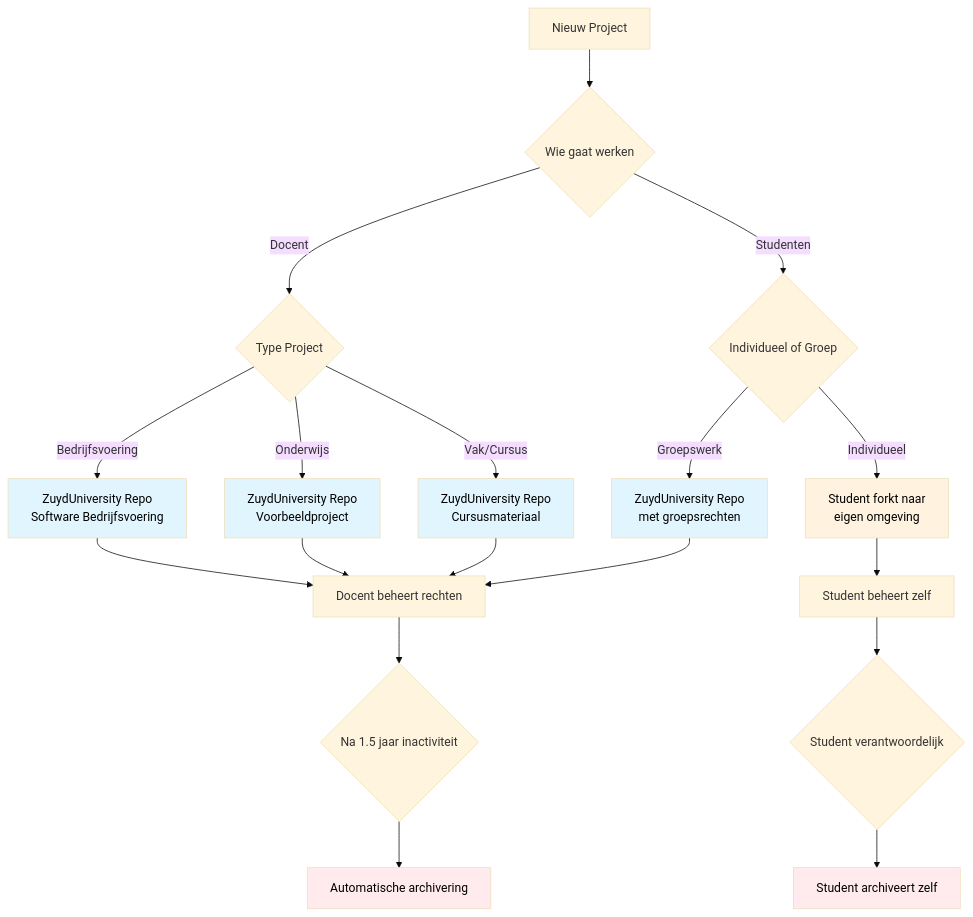
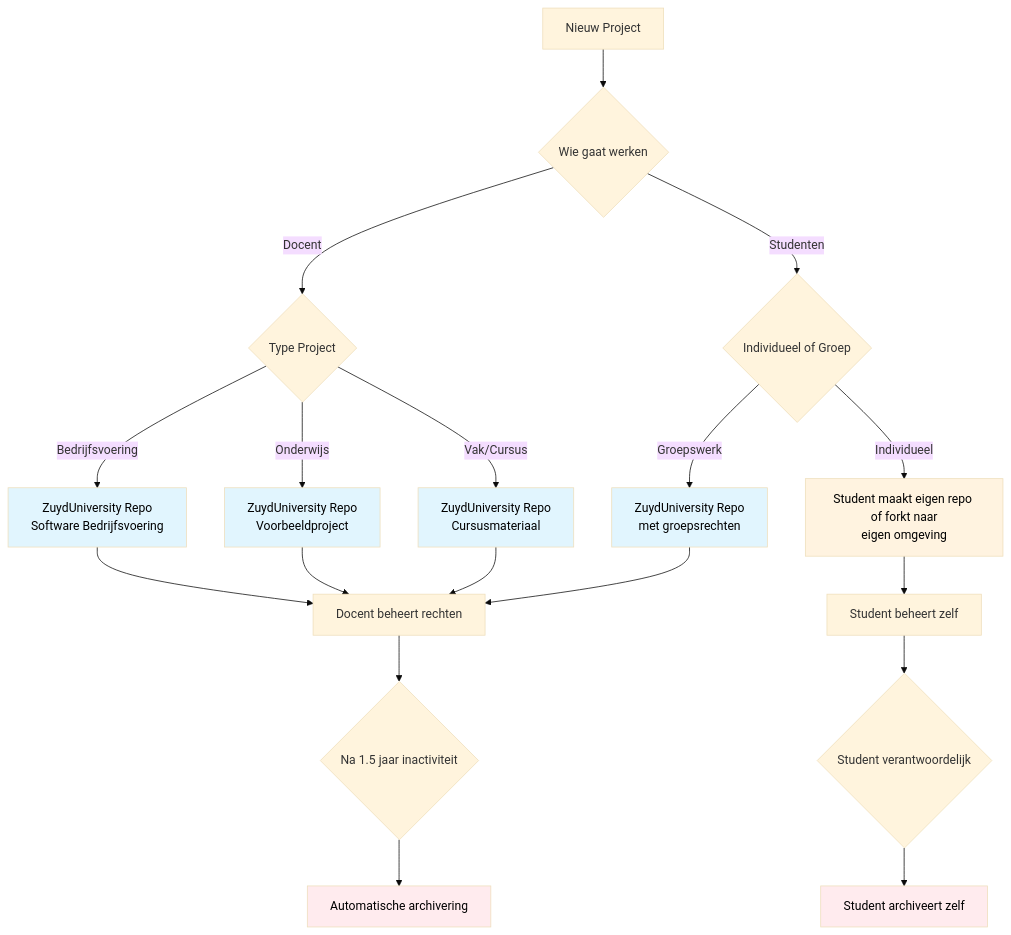
Before and after one commit to ZuydUniversity/.github: the diagram in profile/README.md, drawn with Mermaid (base theme).

Commit message:
Update flowchart in README.md to clarify student repository options

````diff
--- a/profile/README.md
+++ b/profile/README.md
@@ -26,35 +26,35 @@
 ```mermaid
 flowchart TD
     A[Nieuw Project] --> B{Wie gaat werken}
     
     B -->|Docent| C{Type Project}
     B -->|Studenten| D{Individueel of Groep}
     
     C -->|Bedrijfsvoering| E[ZuydUniversity Repo<br/>Software Bedrijfsvoering]
     C -->|Onderwijs| F[ZuydUniversity Repo<br/>Voorbeeldproject]
     C -->|Vak/Cursus| G[ZuydUniversity Repo<br/>Cursusmateriaal]
     
-    D -->|Individueel| H[Student forkt naar<br/>eigen omgeving]
+    D -->|Individueel| H[Student maakt eigen repo of forkt naar<br/>eigen omgeving]
     D -->|Groepswerk| I[ZuydUniversity Repo<br/>met groepsrechten]
     
     E --> J[Docent beheert rechten]
     F --> J
     G --> J
     I --> J
     
     H --> K[Student beheert zelf]
     
     J --> L{Na 1.5 jaar inactiviteit}
     K --> M{Student verantwoordelijk}
     
     L --> N[Automatische archivering]
     M --> O[Student archiveert zelf]
     
     style E fill:#e1f5fe,color:#000000
     style F fill:#e1f5fe,color:#000000
     style G fill:#e1f5fe,color:#000000
     style I fill:#e1f5fe,color:#000000
     style H fill:#fff3e0,color:#000000
     style N fill:#ffebee,color:#000000
     style O fill:#ffebee,color:#000000
 ```
````
